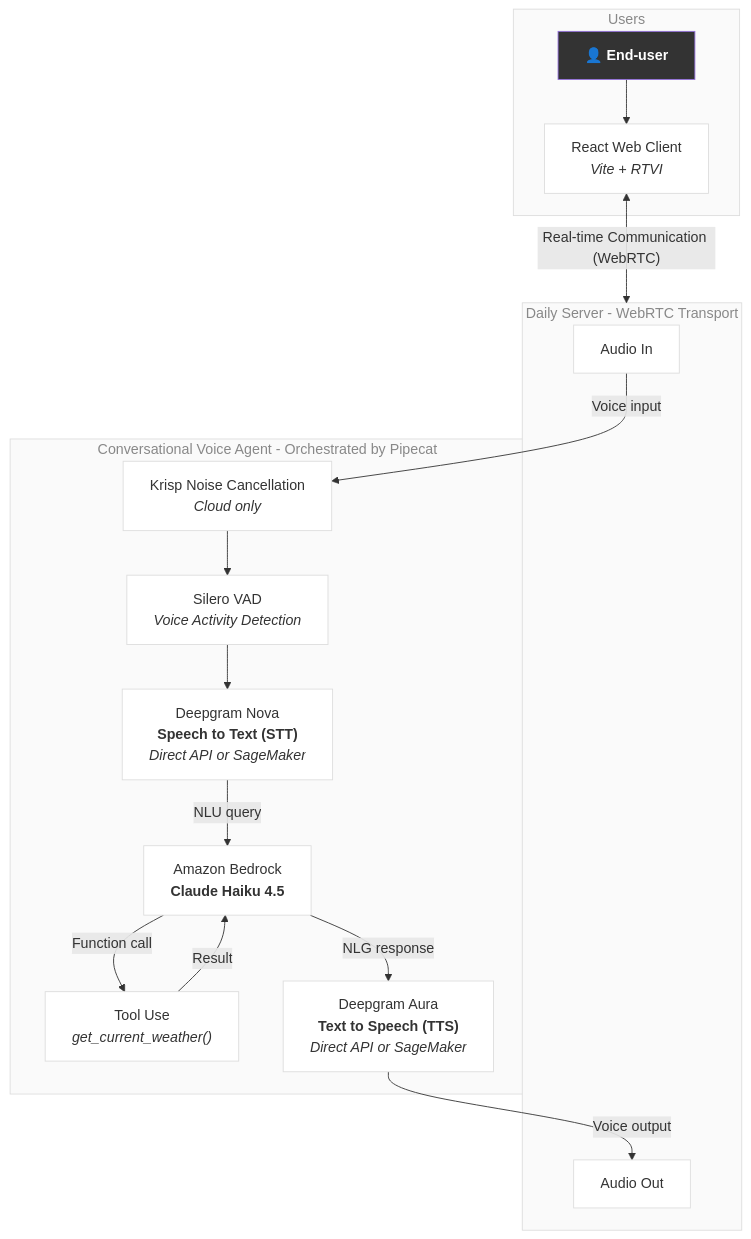
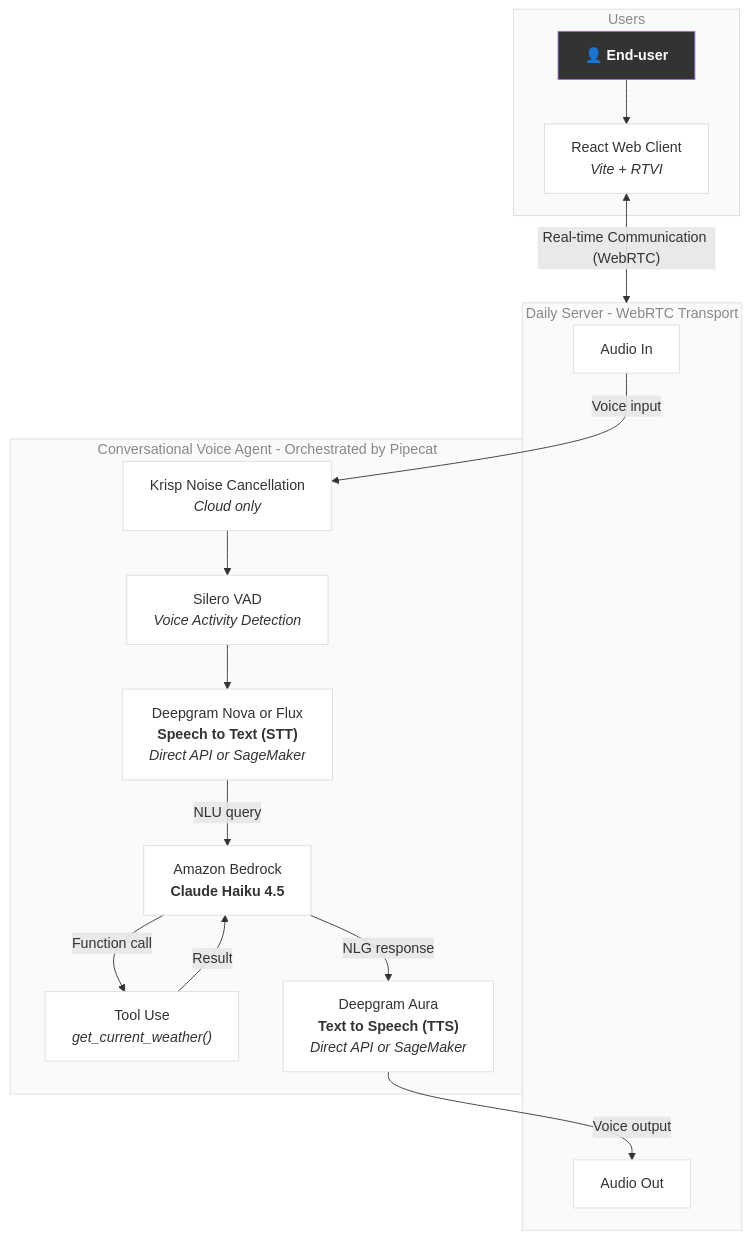
One commit to pipecat-ai/aws-deepgram-sa-hackathon changed the diagram in README.md. Above: the diagram before and after it, drawn with Mermaid. The commit also changed other lines of this file, not shown here.

````diff
--- a/README.md
+++ b/README.md
@@ -65,45 +65,45 @@
 ```mermaid
 graph TD
     subgraph Users
         A["👤 <b>End-user</b>"] --> B["React Web Client<br/><i>Vite + RTVI</i>"]
     end
 
     subgraph Transport["Daily Server - WebRTC Transport"]
         C[Audio In]
         D[Audio Out]
     end
 
     subgraph Pipeline["Conversational Voice Agent - Orchestrated by Pipecat"]
         E["Krisp Noise Cancellation<br/><i>Cloud only</i>"]
         F["Silero VAD<br/><i>Voice Activity Detection</i>"]
-        G["Deepgram Nova<br/><b>Speech to Text (STT)</b><br/><i>Direct API or SageMaker</i>"]
+        G["Deepgram Nova or Flux<br/><b>Speech to Text (STT)</b><br/><i>Direct API or SageMaker</i>"]
         H["Amazon Bedrock<br/><b>Claude Haiku 4.5</b>"]
         I["Tool Use<br/><i>get_current_weather()</i>"]
         J["Deepgram Aura<br/><b>Text to Speech (TTS)</b><br/><i>Direct API or SageMaker</i>"]
     end
 
     B <-->|"Real-time Communication (WebRTC)"| Transport
 
     C -->|Voice input| E
     E --> F
     F --> G
     G -->|NLU query| H
     H -->|Function call| I
     I -->|Result| H
     H -->|NLG response| J
     J -->|Voice output| D
 
     style Users fill:#fafafa,stroke:#ddd,color:#888
     style Transport fill:#fafafa,stroke:#ddd,color:#888
     style Pipeline fill:#fafafa,stroke:#ddd,color:#888
     style A fill:#333,color:#fff
     style B fill:#fff,stroke:#ddd
     style C fill:#fff,stroke:#ddd
     style D fill:#fff,stroke:#ddd
     style E fill:#fff,stroke:#ddd
     style F fill:#fff,stroke:#ddd
     style G fill:#fff,stroke:#ddd
     style H fill:#fff,stroke:#ddd
     style I fill:#fff,stroke:#ddd
     style J fill:#fff,stroke:#ddd
 ```
````
